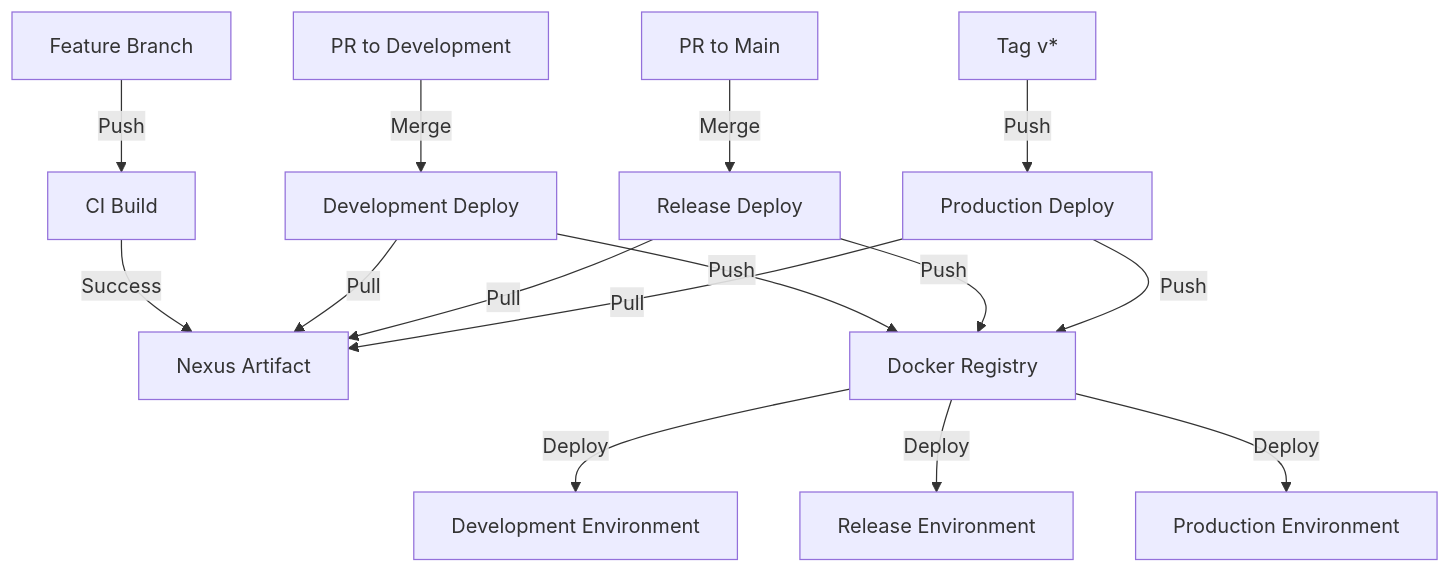
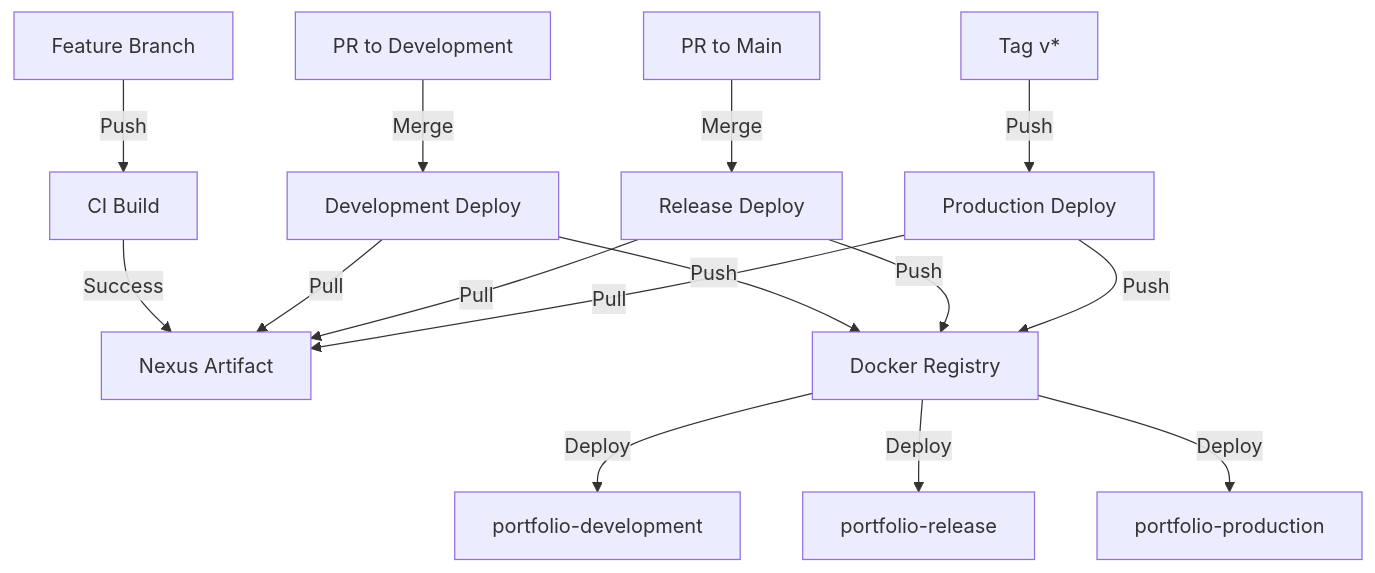
Before and after one commit to rumbler/rumbler-portfolio: the diagram in docs/CI_CD.md, drawn with Mermaid. The commit also changed other lines of this file and 7 other files, not shown here.

First line of the commit message:
release: unified docker-compose architecture (#46)

````diff
--- a/docs/CI_CD.md
+++ b/docs/CI_CD.md
@@ -84,20 +135,20 @@
 ```mermaid
 graph TD
     A[Feature Branch] -->|Push| B[CI Build]
     B -->|Success| C[Nexus Artifact]
     
     D[PR to Development] -->|Merge| E[Development Deploy]
     E -->|Pull| C
     E -->|Push| F[Docker Registry]
-    F -->|Deploy| G[Development Environment]
+    F -->|Deploy| G[portfolio-development]
     
     H[PR to Main] -->|Merge| I[Release Deploy]
     I -->|Pull| C
     I -->|Push| F
-    F -->|Deploy| J[Release Environment]
+    F -->|Deploy| J[portfolio-release]
     
     K[Tag v*] -->|Push| L[Production Deploy]
     L -->|Pull| C
     L -->|Push| F
-    F -->|Deploy| M[Production Environment]
+    F -->|Deploy| M[portfolio-production]
 ```
````
